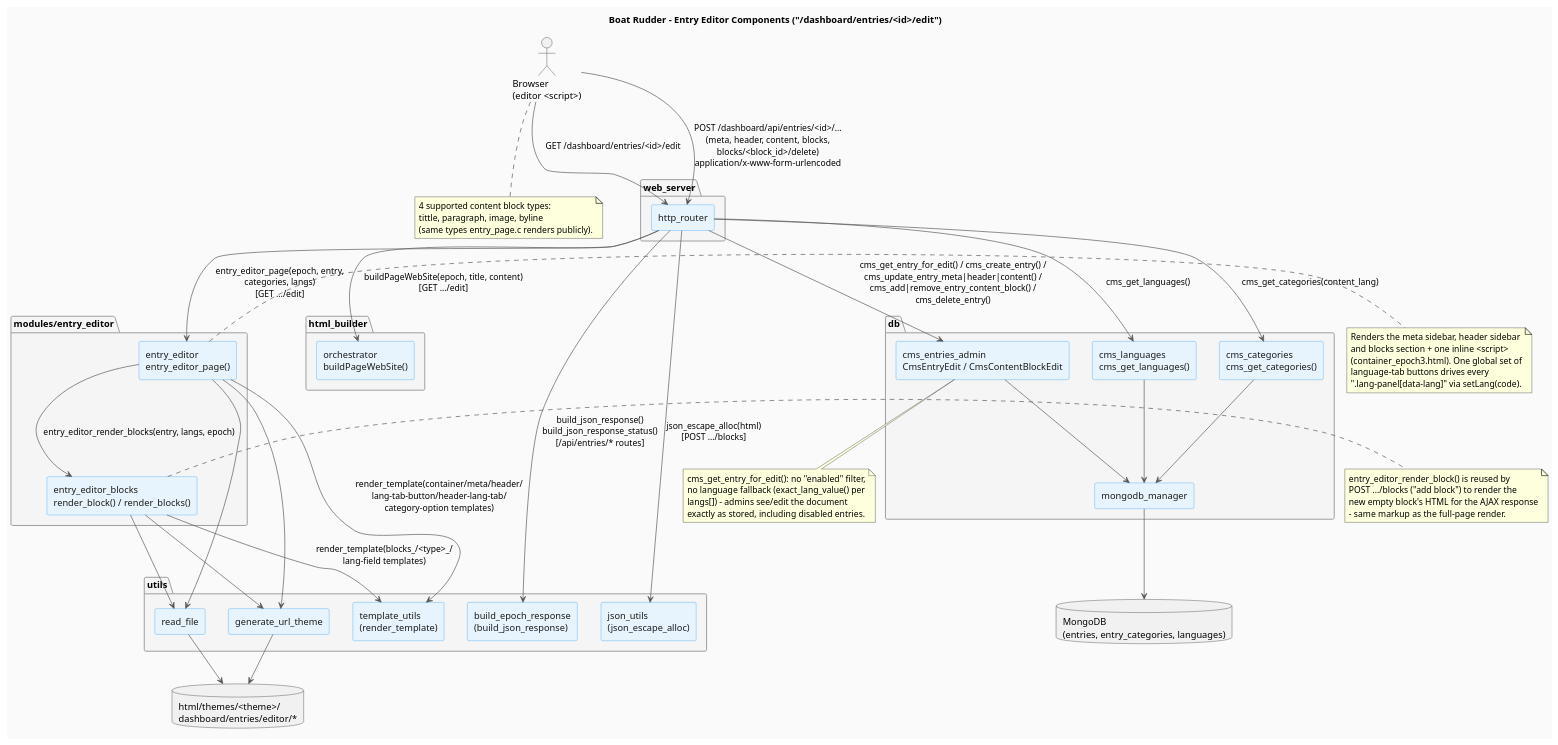
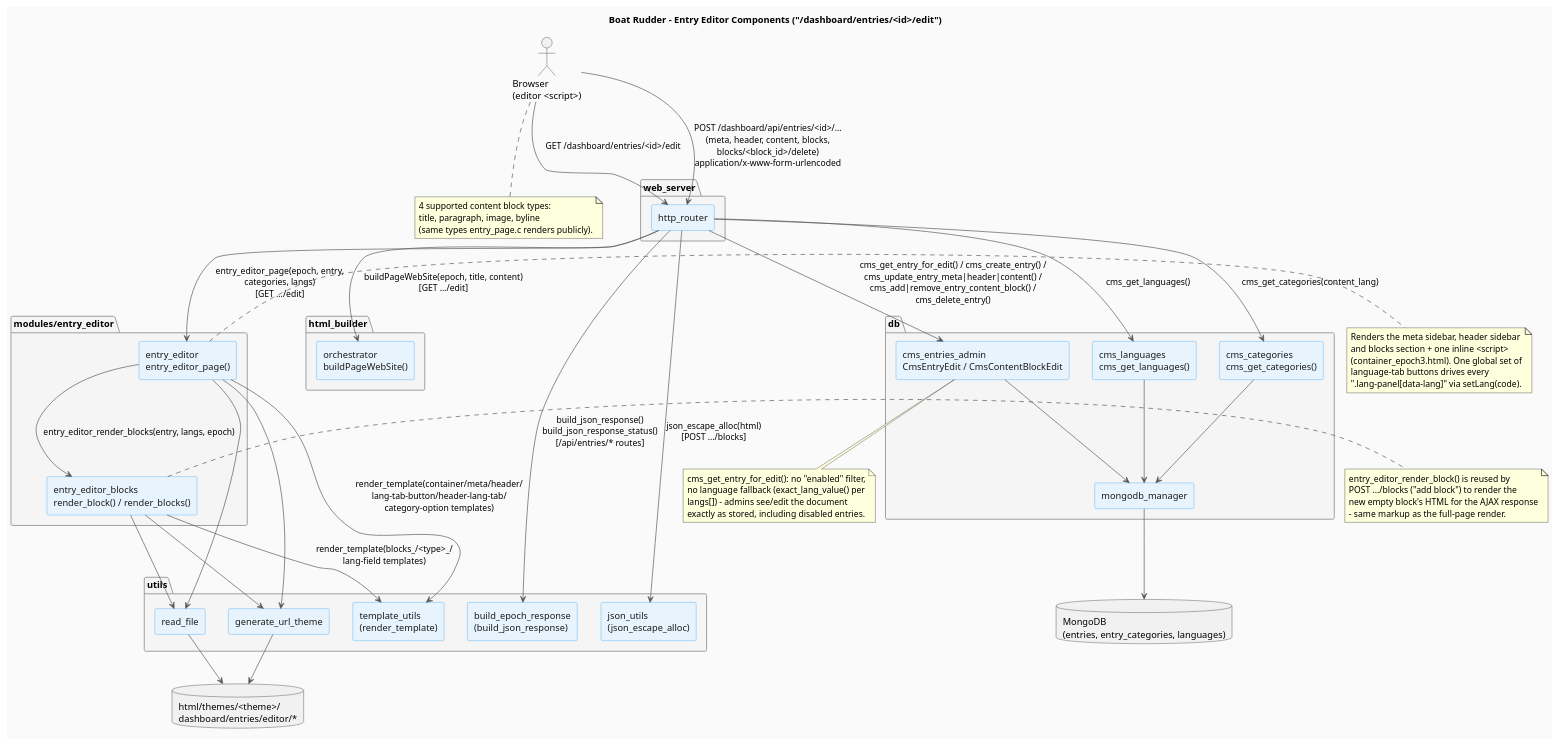
The diagram in develop_docs/diagrams/entry-editor-components.puml (jpablotoledom/boat-rudder), drawn with PlantUML before and after one commit. The commit also changed 147 other files, not shown here.

```diff
--- a/develop_docs/diagrams/entry-editor-components.puml
+++ b/develop_docs/diagrams/entry-editor-components.puml
@@ -1,109 +1,109 @@
 @startuml entry-editor-components
 
 title Boat Rudder - Entry Editor Components ("/dashboard/entries/<id>/edit")
 
 skinparam componentStyle rectangle
 skinparam backgroundColor #FAFAFA
 skinparam component {
     BackgroundColor #E8F4FD
     BorderColor #2196F3
     FontColor #1A1A1A
 }
 skinparam package {
     BackgroundColor #F5F5F5
     BorderColor #9E9E9E
 }
 skinparam arrow {
     Color #555555
 }
 
 actor "Browser\n(editor <script>)" as BROWSER
 
 package "web_server" {
     [http_router] as ROUTER
 }
 
 package "html_builder" {
     [orchestrator\nbuildPageWebSite()] as ORCH
 }
 
 package "modules/entry_editor" {
     [entry_editor\nentry_editor_page()] as EDITOR
     [entry_editor_blocks\nrender_block() / render_blocks()] as BLOCKS
 }
 
 package "db" {
     [cms_entries_admin\nCmsEntryEdit / CmsContentBlockEdit] as CMSADMIN
     [cms_languages\ncms_get_languages()] as CMSLANG
     [cms_categories\ncms_get_categories()] as CMSCAT
     [mongodb_manager] as MONGO
 }
 
 package "utils" {
     [generate_url_theme] as URLTHEME
     [read_file] as READFILE
     [template_utils\n(render_template)] as TPL
     [build_epoch_response\n(build_json_response)] as RESP
     [json_utils\n(json_escape_alloc)] as JSON
 }
 
 database "html/themes/<theme>/\ndashboard/entries/editor/*" as FS
 database "MongoDB\n(entries, entry_categories, languages)" as DB
 
 BROWSER --> ROUTER : GET /dashboard/entries/<id>/edit
 BROWSER --> ROUTER : POST /dashboard/api/entries/<id>/...\n(meta, header, content, blocks,\nblocks/<block_id>/delete)\napplication/x-www-form-urlencoded
 
 ROUTER --> EDITOR : entry_editor_page(epoch, entry,\ncategories, langs)\n[GET .../edit]
 ROUTER --> CMSADMIN : cms_get_entry_for_edit() / cms_create_entry() /\ncms_update_entry_meta|header|content() /\ncms_add|remove_entry_content_block() /\ncms_delete_entry()
 ROUTER --> CMSLANG : cms_get_languages()
 ROUTER --> CMSCAT : cms_get_categories(content_lang)
 ROUTER --> ORCH : buildPageWebSite(epoch, title, content)\n[GET .../edit]
 ROUTER --> RESP : build_json_response()\nbuild_json_response_status()\n[/api/entries/* routes]
 ROUTER --> JSON : json_escape_alloc(html)\n[POST .../blocks]
 
 EDITOR --> BLOCKS : entry_editor_render_blocks(entry, langs, epoch)
 EDITOR --> URLTHEME
 EDITOR --> READFILE
 EDITOR --> TPL : render_template(container/meta/header/\nlang-tab-button/header-lang-tab/\ncategory-option templates)
 
 BLOCKS --> URLTHEME
 BLOCKS --> READFILE
 BLOCKS --> TPL : render_template(blocks_/<type>_/\nlang-field templates)
 
 CMSADMIN --> MONGO
 CMSLANG --> MONGO
 CMSCAT --> MONGO
 MONGO --> DB
 
 URLTHEME --> FS
 READFILE --> FS
 
 note right of EDITOR
   Renders the meta sidebar, header sidebar
   and blocks section + one inline <script>
   (container_epoch3.html). One global set of
   language-tab buttons drives every
   ".lang-panel[data-lang]" via setLang(code).
 end note
 
 note right of BLOCKS
   entry_editor_render_block() is reused by
   POST .../blocks ("add block") to render the
   new empty block's HTML for the AJAX response
   - same markup as the full-page render.
 end note
 
 note bottom of CMSADMIN
   cms_get_entry_for_edit(): no "enabled" filter,
   no language fallback (exact_lang_value() per
   langs[]) - admins see/edit the document
   exactly as stored, including disabled entries.
 end note
 
 note bottom of BROWSER
   4 supported content block types:
-  tittle, paragraph, image, byline
+  title, paragraph, image, byline
   (same types entry_page.c renders publicly).
 end note
 
 @enduml
```
